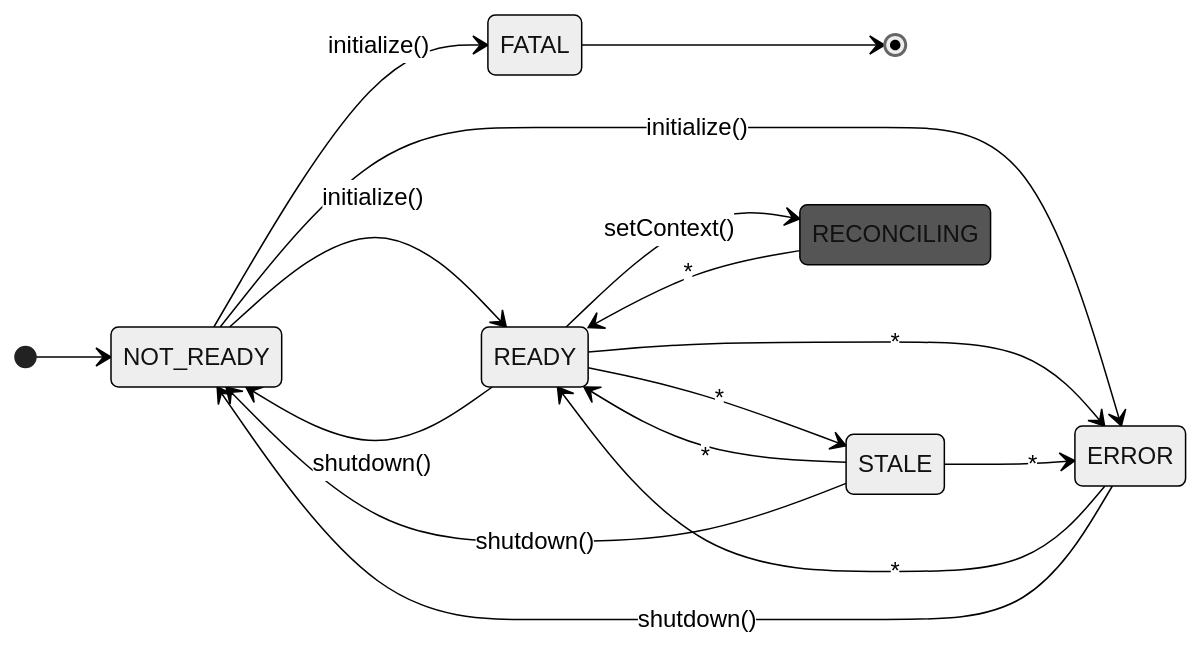
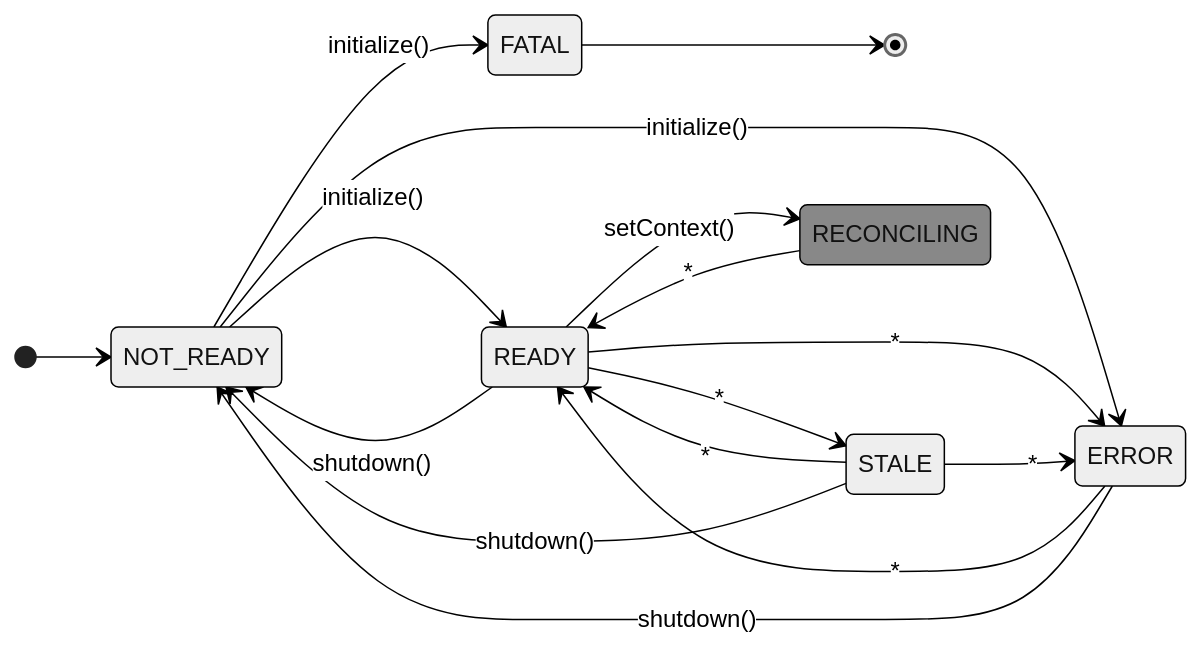
One commit to open-feature/spec changed the diagram in specification/sections/01-flag-evaluation.md. Above: the diagram before and after it, drawn with Mermaid (neutral theme). The commit also changed other lines of this file, not shown here.

````diff
--- a/specification/sections/01-flag-evaluation.md
+++ b/specification/sections/01-flag-evaluation.md
@@ -412,21 +412,21 @@
 ```mermaid
 stateDiagram-v2
     direction LR
     [*] --> NOT_READY
     NOT_READY --> READY:initialize()
     NOT_READY --> ERROR:initialize()
     NOT_READY --> FATAL:initialize()
     FATAL --> [*]
     READY --> ERROR:*
     ERROR --> READY:*
     READY --> STALE:*
     STALE --> READY:*
     STALE --> ERROR:*
     READY --> NOT_READY:shutdown()
     STALE --> NOT_READY:shutdown()
     ERROR --> NOT_READY:shutdown()
     READY --> RECONCILING:::client:setContext()
     RECONCILING:::client --> READY:*
 
-    classDef client fill:#555
+    classDef client fill:#888
 ```
````
